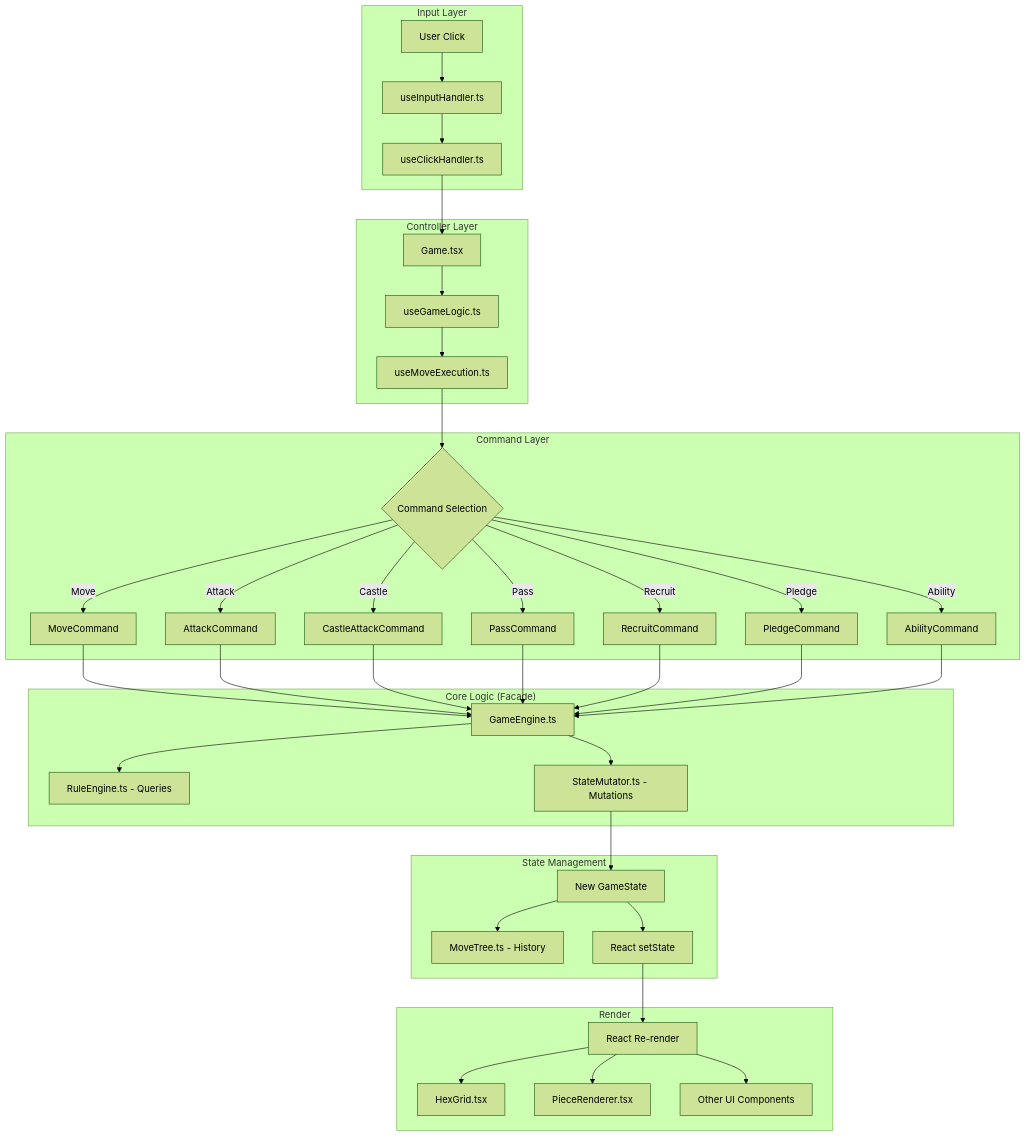
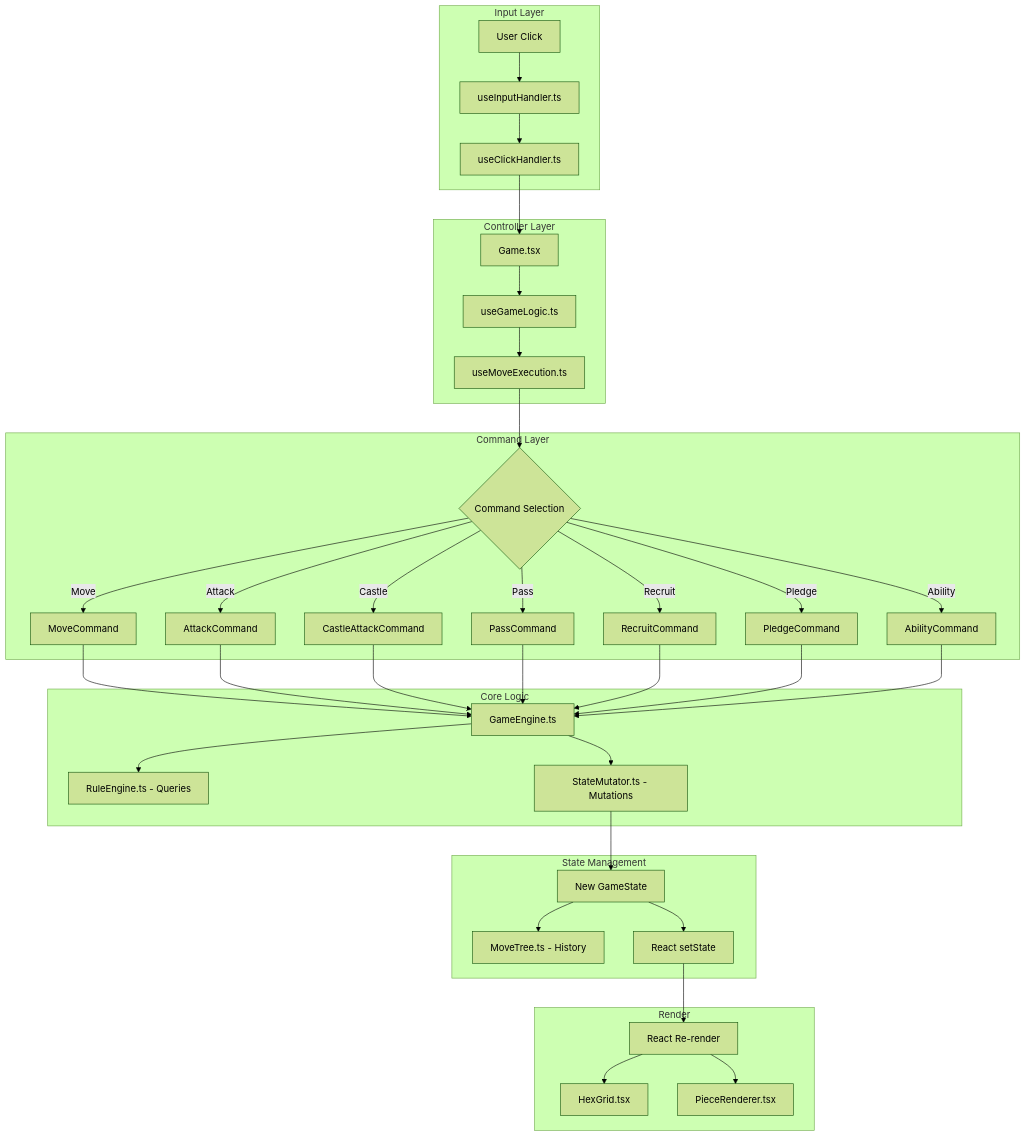
The first of 2 diagrams in info/ANALYSIS_ARCHITECTURE.md (LiamLlamazares/Castles), drawn with Mermaid (forest theme) before and after one commit. The commit also changed other lines of this file, not shown here.

````diff
--- a/info/ANALYSIS_ARCHITECTURE.md
+++ b/info/ANALYSIS_ARCHITECTURE.md
@@ -63,43 +61,42 @@
 ```mermaid
 graph TD
     subgraph "Input Layer"
         User[User Click] --> InputHandler[useInputHandler.ts]
         InputHandler --> ClickHandler[useClickHandler.ts]
     end
     
     subgraph "Controller Layer"
         ClickHandler --> GameComp[Game.tsx]
         GameComp --> LogicHook[useGameLogic.ts]
         LogicHook --> MoveExec[useMoveExecution.ts]
     end
     
     subgraph "Command Layer"
         MoveExec --> Cmd{Command Selection}
         Cmd --> |Move| MoveCMD[MoveCommand]
         Cmd --> |Attack| AtkCMD[AttackCommand]
         Cmd --> |Castle| CstCMD[CastleAttackCommand]
         Cmd --> |Pass| PassCMD[PassCommand]
         Cmd --> |Recruit| RecCMD[RecruitCommand]
         Cmd --> |Pledge| PlgCMD[PledgeCommand]
         Cmd --> |Ability| AbCMD[AbilityCommand]
     end
     
-    subgraph "Core Logic (Facade)"
+    subgraph "Core Logic"
         MoveCMD & AtkCMD & CstCMD & PassCMD & RecCMD & PlgCMD & AbCMD --> GE[GameEngine.ts]
         GE --> RuleEngine[RuleEngine.ts - Queries]
         GE --> StateMutator[StateMutator.ts - Mutations]
     end
     
     subgraph "State Management"
         StateMutator --> NewState[New GameState]
         NewState --> MoveTree[MoveTree.ts - History]
         NewState --> ReactState[React setState]
     end
     
     subgraph "Render"
         ReactState --> Rerender[React Re-render]
         Rerender --> HexGrid[HexGrid.tsx]
         Rerender --> PieceRenderer[PieceRenderer.tsx]
-        Rerender --> UI[Other UI Components]
     end
 ```
````
